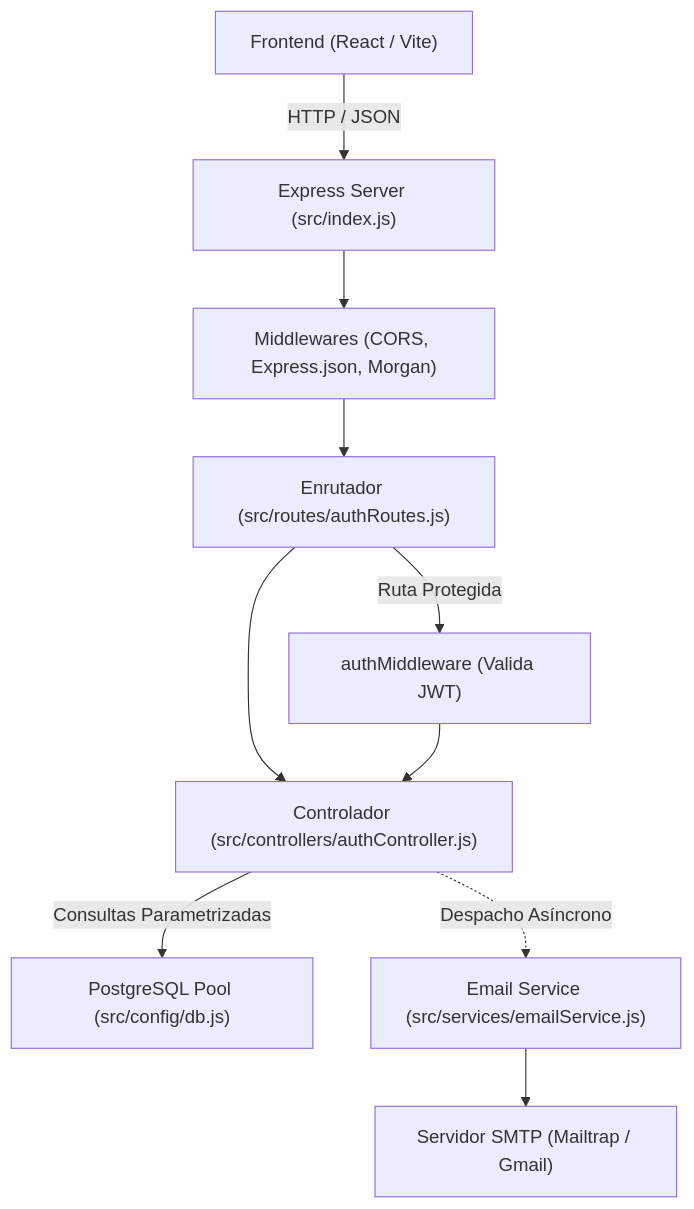
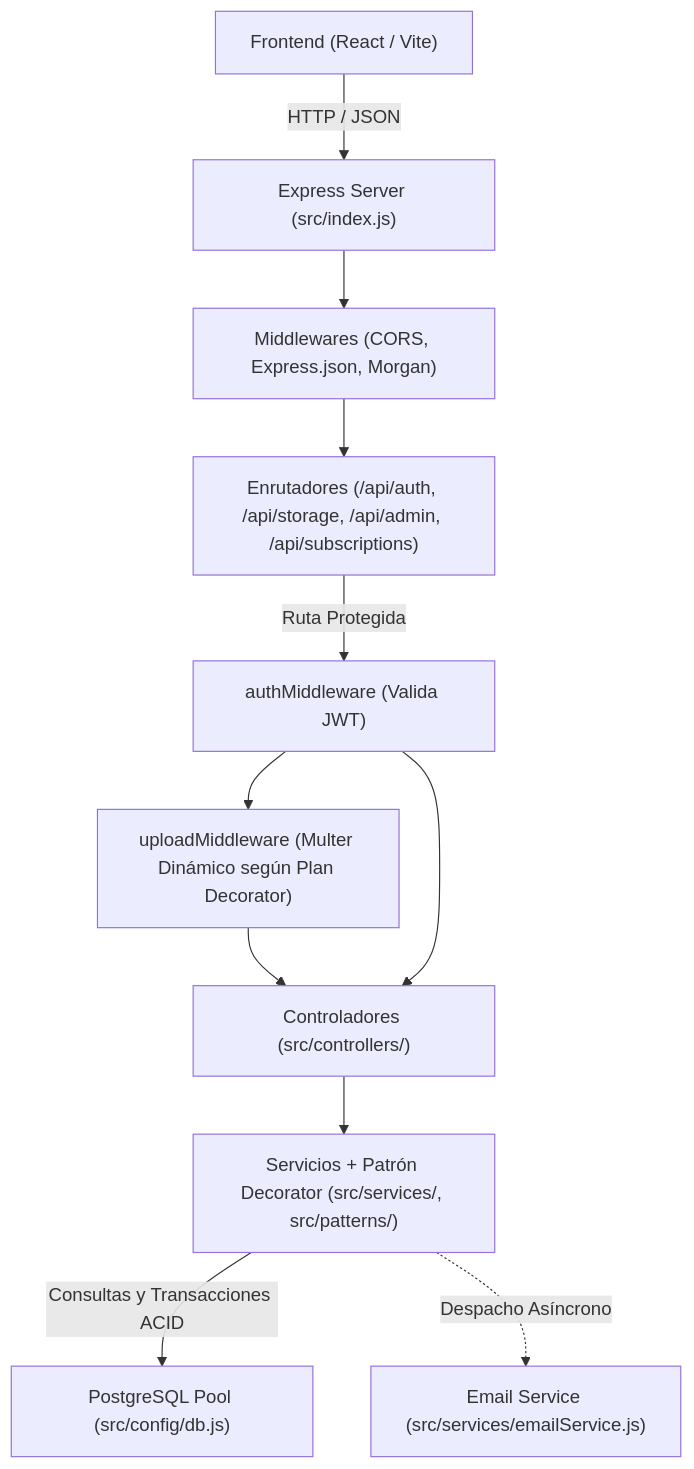
One commit to JFernn4/Servicio-de-Almacenamiento changed the diagram in ARQUITECTURA_BACKEND.md. Above: the diagram before and after it, drawn with Mermaid. The commit also changed other lines of this file and 14 other files, not shown here.

````diff
--- a/ARQUITECTURA_BACKEND.md
+++ b/ARQUITECTURA_BACKEND.md
@@ -158,12 +166,13 @@
 ```mermaid
 flowchart TD
     Client["Frontend (React / Vite)"] -->|HTTP / JSON| ExpressApp["Express Server (src/index.js)"]
     ExpressApp --> GlobalMW["Middlewares (CORS, Express.json, Morgan)"]
-    GlobalMW --> Router["Enrutador (src/routes/authRoutes.js)"]
+    GlobalMW --> Router["Enrutadores (/api/auth, /api/storage, /api/admin, /api/subscriptions)"]
     Router -->|Ruta Protegida| AuthMW["authMiddleware (Valida JWT)"]
-    Router --> Controller["Controlador (src/controllers/authController.js)"]
+    AuthMW --> UploadMW["uploadMiddleware (Multer Dinámico según Plan Decorator)"]
+    UploadMW --> Controller["Controladores (src/controllers/)"]
     AuthMW --> Controller
-    Controller -->|Consultas Parametrizadas| DB["PostgreSQL Pool (src/config/db.js)"]
-    Controller -.->|Despacho Asíncrono| EmailService["Email Service (src/services/emailService.js)"]
-    EmailService --> SMTP["Servidor SMTP (Mailtrap / Gmail)"]
+    Controller --> Service["Servicios + Patrón Decorator (src/services/, src/patterns/)"]
+    Service -->|Consultas y Transacciones ACID| DB["PostgreSQL Pool (src/config/db.js)"]
+    Service -.->|Despacho Asíncrono| EmailService["Email Service (src/services/emailService.js)"]
 ```
````
